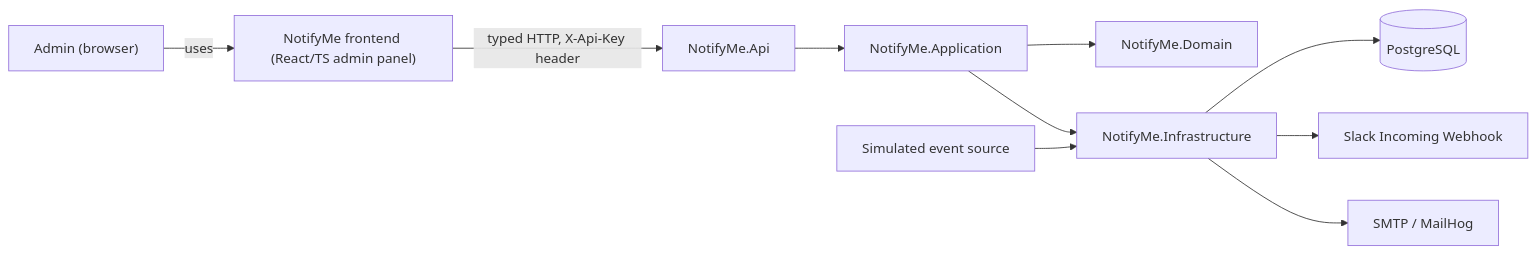
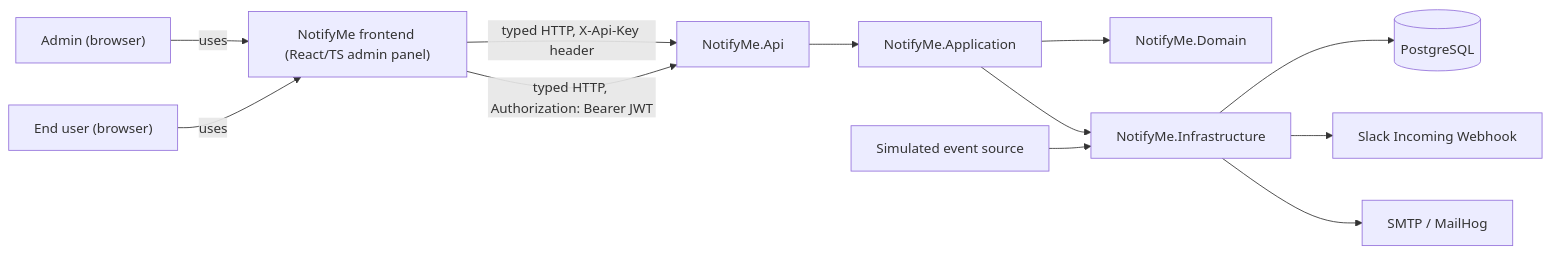
One commit to zsra/notifyme changed the first of 2 diagrams in docs/architecture/overview.md. Above: the diagram before and after it, drawn with Mermaid. The commit also changed other lines of this file and 20 other files, not shown here.

Commit message:
Add user authentication flow with login and registration pages

````diff
--- a/docs/architecture/overview.md
+++ b/docs/architecture/overview.md
@@ -10,12 +15,14 @@
 ```mermaid
 flowchart LR
     Admin["Admin (browser)"] -->|uses| Frontend["NotifyMe frontend (React/TS admin panel)"]
     Frontend -->|typed HTTP, X-Api-Key header| Api
+    EndUser["End user (browser)"] -->|uses| Frontend
+    Frontend -->|typed HTTP, Authorization: Bearer JWT| Api
     Api["NotifyMe.Api"] --> App["NotifyMe.Application"]
     App --> Dom["NotifyMe.Domain"]
     App --> Infra["NotifyMe.Infrastructure"]
     Infra --> DB[(PostgreSQL)]
     Infra --> Slack["Slack Incoming Webhook"]
     Infra --> SMTP["SMTP / MailHog"]
     Source["Simulated event source"] --> Infra
 ```
````
